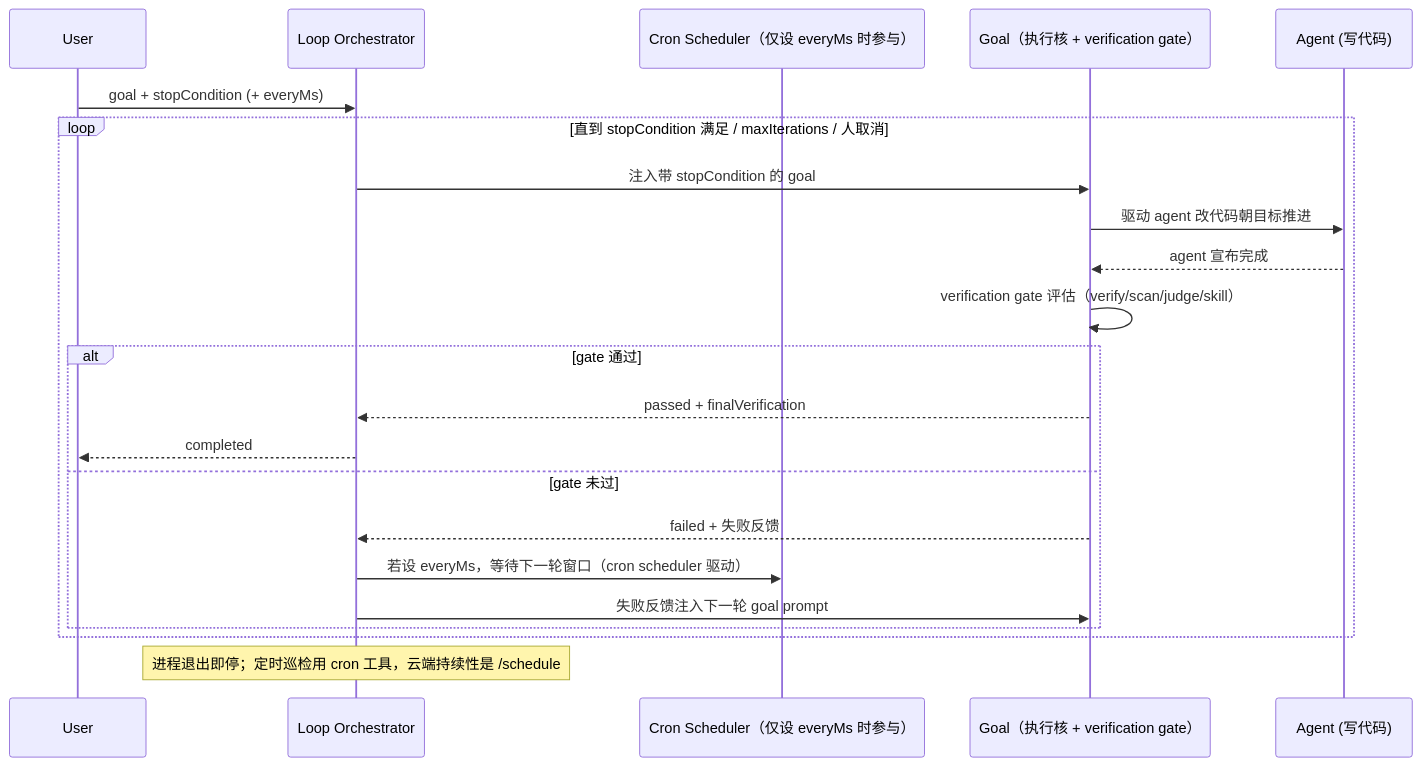
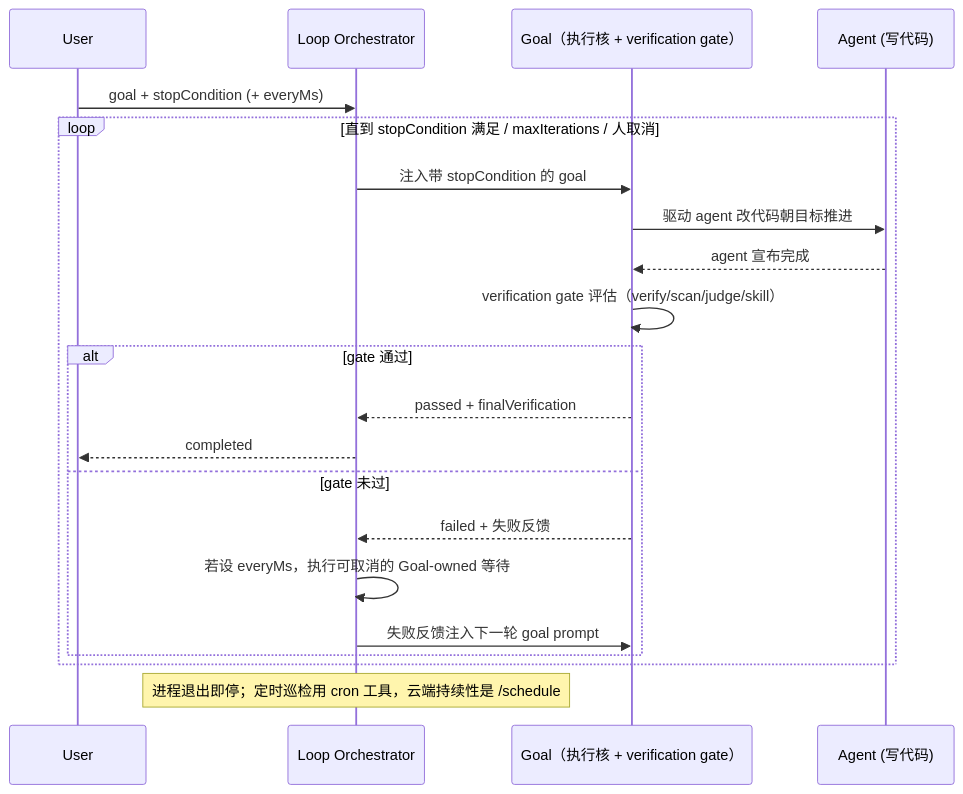
Before and after one commit to wukong-code/wukong_cli: the third of 4 diagrams in docs/tech/commercial-refactor-implementation.md, drawn with Mermaid. The commit also changed other lines of this file and 66 other files, not shown here.

````diff
--- a/docs/tech/commercial-refactor-implementation.md
+++ b/docs/tech/commercial-refactor-implementation.md
@@ -728,25 +728,24 @@
 ```mermaid
 sequenceDiagram
   participant U as User
   participant L as Loop Orchestrator
-  participant C as Cron Scheduler（仅设 everyMs 时参与）
   participant G as Goal（执行核 + verification gate）
   participant A as Agent (写代码)
 
   U->>L: goal + stopCondition (+ everyMs)
   loop 直到 stopCondition 满足 / maxIterations / 人取消
     L->>G: 注入带 stopCondition 的 goal
     G->>A: 驱动 agent 改代码朝目标推进
     A-->>G: agent 宣布完成
     G->>G: verification gate 评估（verify/scan/judge/skill）
     alt gate 通过
       G-->>L: passed + finalVerification
       L-->>U: completed
     else gate 未过
       G-->>L: failed + 失败反馈
-      L->>C: 若设 everyMs，等待下一轮窗口（cron scheduler 驱动）
+      L->>L: 若设 everyMs，执行可取消的 Goal-owned 等待
       L->>G: 失败反馈注入下一轮 goal prompt
     end
   end
   note over L: 进程退出即停；定时巡检用 cron 工具，云端持续性是 /schedule
 ```
````
